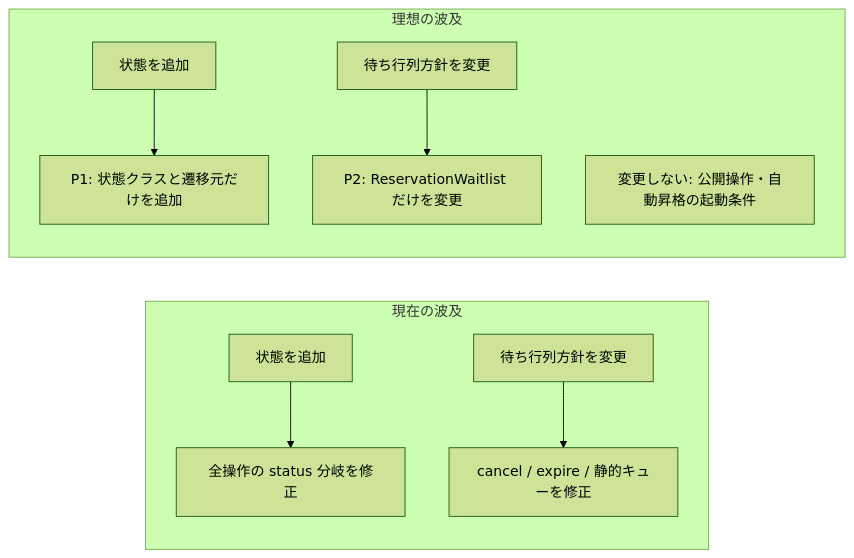
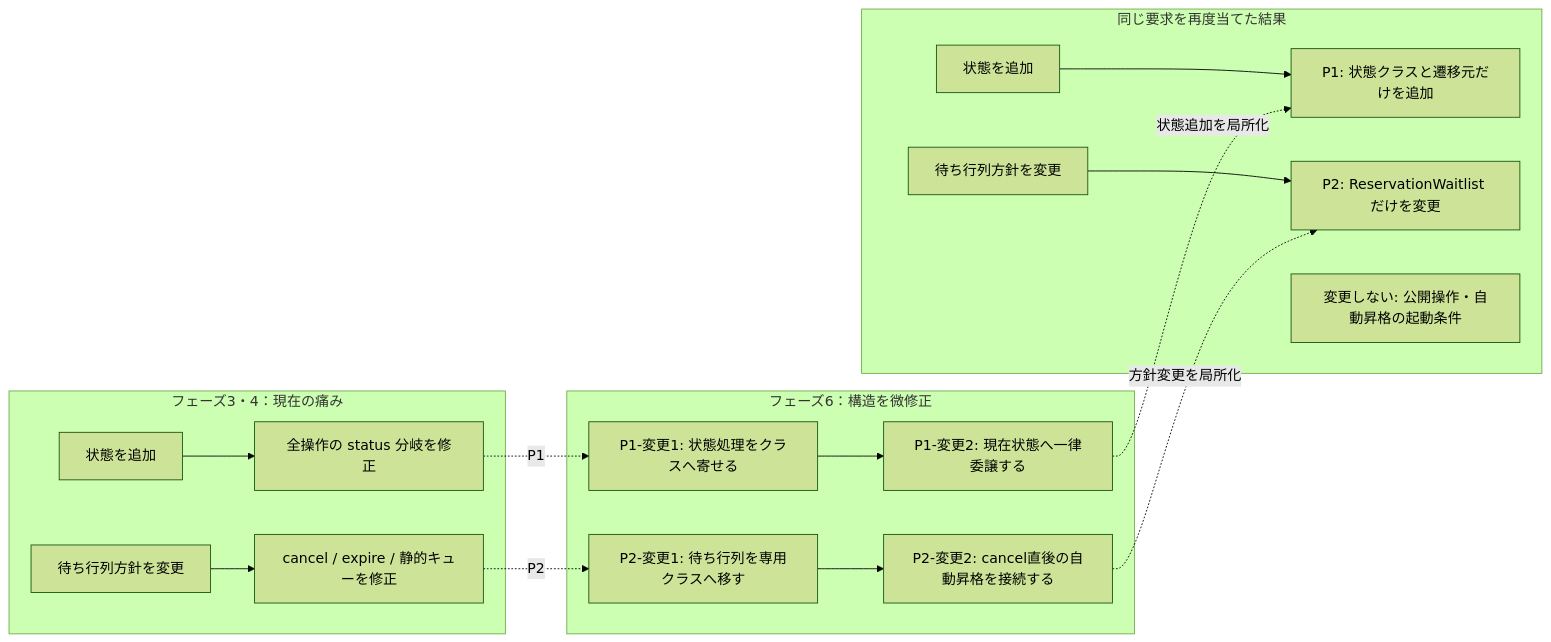
Before and after one commit to kumachan1101-pixel/DesignPattern: the ninth of 17 diagrams in kindle/design-patterns/output/chapter03.md, drawn with Mermaid (forest theme). The commit also changed other lines of this file and 22 other files, not shown here.

````diff
--- a/kindle/design-patterns/output/chapter03.md
+++ b/kindle/design-patterns/output/chapter03.md
@@ -1013,12 +1013,20 @@
 ```mermaid
 flowchart LR
-    subgraph Current["現在の波及"]
+    subgraph Pain["フェーズ3・4：現在の痛み"]
         CR1["状態を追加"] --> C1["全操作の status 分岐を修正"]
         CR2["待ち行列方針を変更"] --> C2["cancel / expire / 静的キューを修正"]
     end
-    subgraph Ideal["理想の波及"]
+    subgraph StructuralChange["フェーズ6：構造を微修正"]
+        S11["P1-変更1: 状態処理をクラスへ寄せる"] --> S12["P1-変更2: 現在状態へ一律委譲する"]
+        S21["P2-変更1: 待ち行列を専用クラスへ移す"] --> S22["P2-変更2: cancel直後の自動昇格を接続する"]
+    end
+    subgraph Result["同じ要求を再度当てた結果"]
         IR1["状態を追加"] --> I1["P1: 状態クラスと遷移元だけを追加"]
         IR2["待ち行列方針を変更"] --> I2["P2: ReservationWaitlist だけを変更"]
         IS["変更しない: 公開操作・自動昇格の起動条件"]
     end
+    C1 -. "P1" .-> S11
+    S12 -. "状態追加を局所化" .-> I1
+    C2 -. "P2" .-> S21
+    S22 -. "方針変更を局所化" .-> I2
 ```
````
